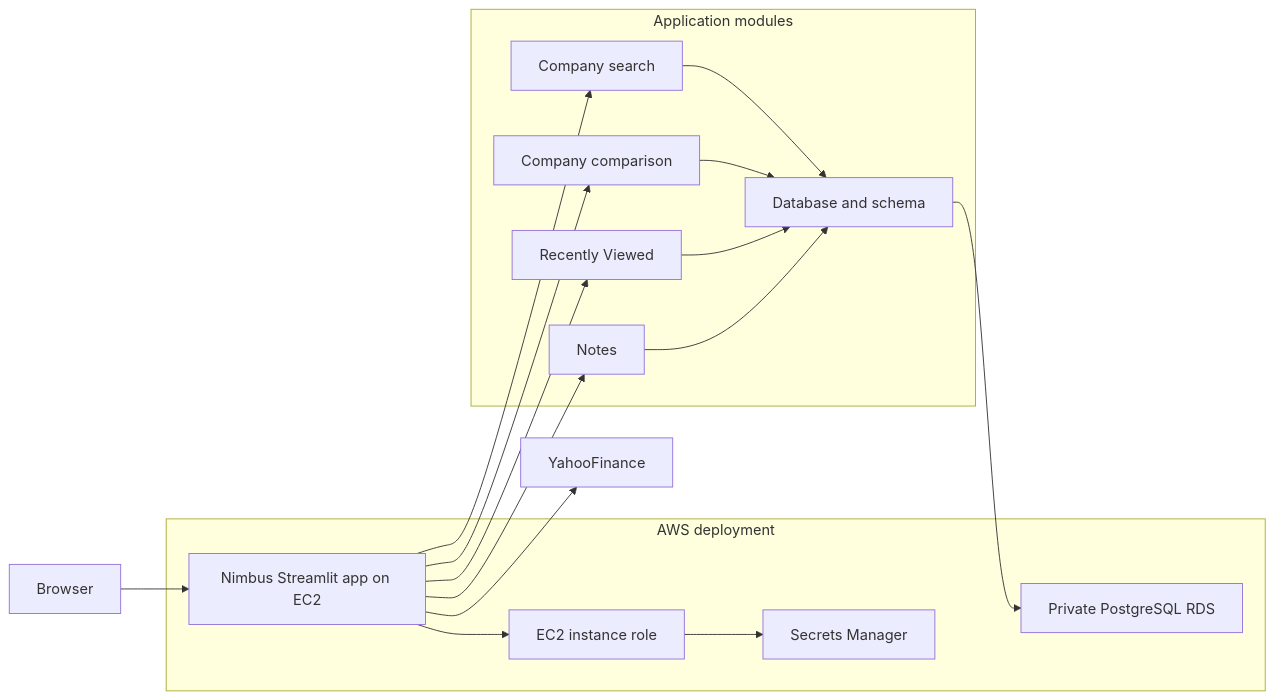
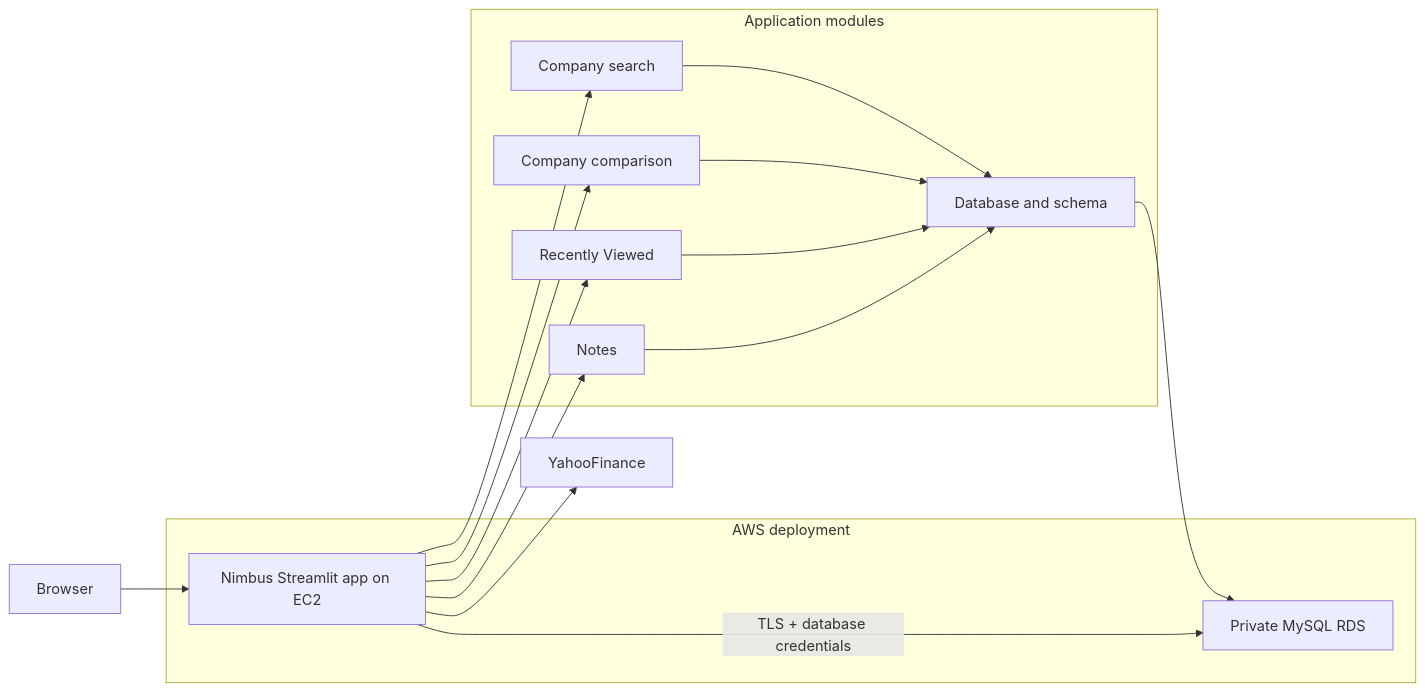
Before and after one commit to zihaow17/nimbus-app-ds600g5: the diagram in README.md, drawn with Mermaid. The commit also changed other lines of this file and 11 other files, not shown here.

````diff
--- a/README.md
+++ b/README.md
@@ -22,32 +22,29 @@
 ```mermaid
 flowchart LR
     Browser --> NimbusApp
     NimbusApp --> YahooFinance
     NimbusApp --> Search
     NimbusApp --> Comparison
     NimbusApp --> History
     NimbusApp --> Notes
     Search --> Database
     Comparison --> Database
     History --> Database
     Notes --> Database
-    Database --> Postgres
-    NimbusApp --> EC2Role
-    EC2Role --> SecretsManager
+    Database --> MySQL
+    NimbusApp -->|TLS + database credentials| MySQL
 
     subgraph AWS["AWS deployment"]
         NimbusApp["Nimbus Streamlit app on EC2"]
-        Postgres["Private PostgreSQL RDS"]
-        SecretsManager["Secrets Manager"]
-        EC2Role["EC2 instance role"]
+        MySQL["Private MySQL RDS"]
     end
 
     subgraph App["Application modules"]
         Search["Company search"]
         Comparison["Company comparison"]
         History["Recently Viewed"]
         Notes["Notes"]
         Database["Database and schema"]
     end
 
 ```
````
